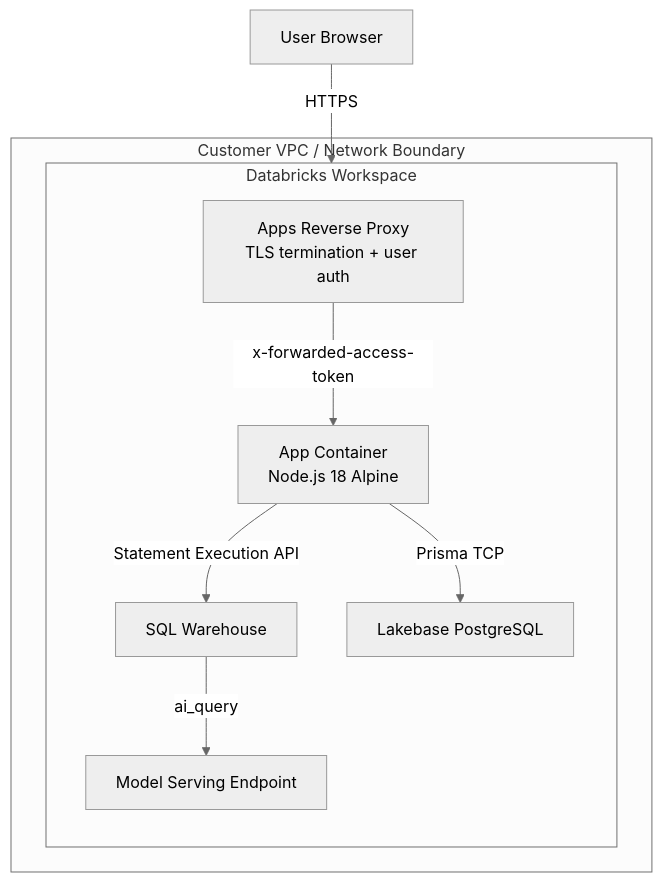
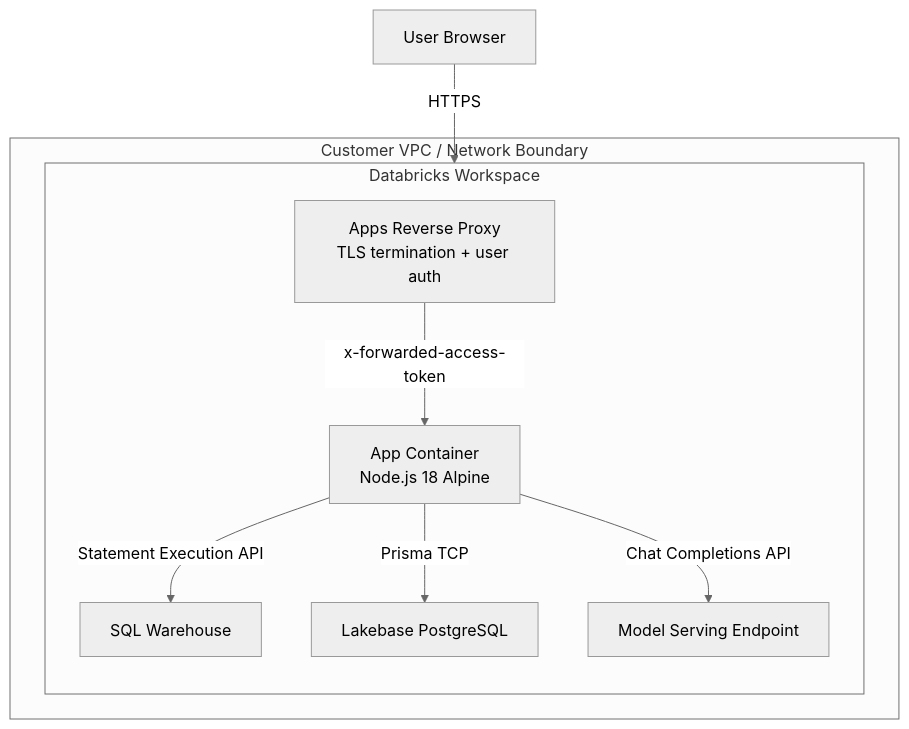
The second of 8 diagrams in SECURITY_ARCHITECTURE.md (althrussell/databricks-forge), drawn with Mermaid (neutral theme) before and after one commit. The commit also changed other lines of this file and 24 other files, not shown here.

First line of the commit message:
Update LLM calls to use Databricks Model Serving API

````diff
--- a/SECURITY_ARCHITECTURE.md
+++ b/SECURITY_ARCHITECTURE.md
@@ -81,19 +81,19 @@
 ```mermaid
 graph TB
   subgraph customerVPC [Customer VPC / Network Boundary]
     subgraph dbxWorkspace [Databricks Workspace]
       direction TB
       AppsProxy[Apps Reverse Proxy<br>TLS termination + user auth]
       AppContainer[App Container<br>Node.js 18 Alpine]
       SQLWarehouse[SQL Warehouse]
       LakebaseDB[Lakebase PostgreSQL]
       ModelEndpoint[Model Serving Endpoint]
     end
   end
 
   Internet[User Browser] -->|HTTPS| AppsProxy
   AppsProxy -->|x-forwarded-access-token| AppContainer
   AppContainer -->|Statement Execution API| SQLWarehouse
   AppContainer -->|Prisma TCP| LakebaseDB
-  SQLWarehouse -->|ai_query| ModelEndpoint
+  AppContainer -->|Chat Completions API| ModelEndpoint
 ```
````
